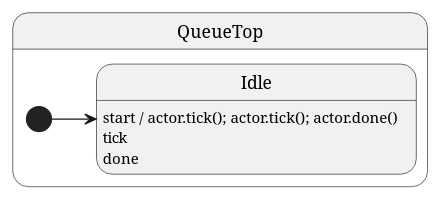
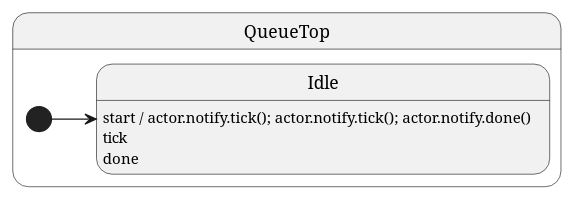
Before and after one commit to filasieno/ihsm: the diagram in packages/ihsm/examples/08-post-and-sync/README.md, drawn with PlantUML. The commit also changed other lines of this file and 200 other files, not shown here.

````diff
--- a/packages/ihsm/examples/08-post-and-sync/README.md
+++ b/packages/ihsm/examples/08-post-and-sync/README.md
@@ -28,11 +28,11 @@
 ```plantuml
 @startuml
 left to right direction
 state QueueTop {
   [*] --> Idle
-  Idle : start / actor.tick(); actor.tick(); actor.done()
+  Idle : start / actor.notify.tick(); actor.notify.tick(); actor.notify.done()
   Idle : tick
   Idle : done
 }
 @enduml
 ```
````
